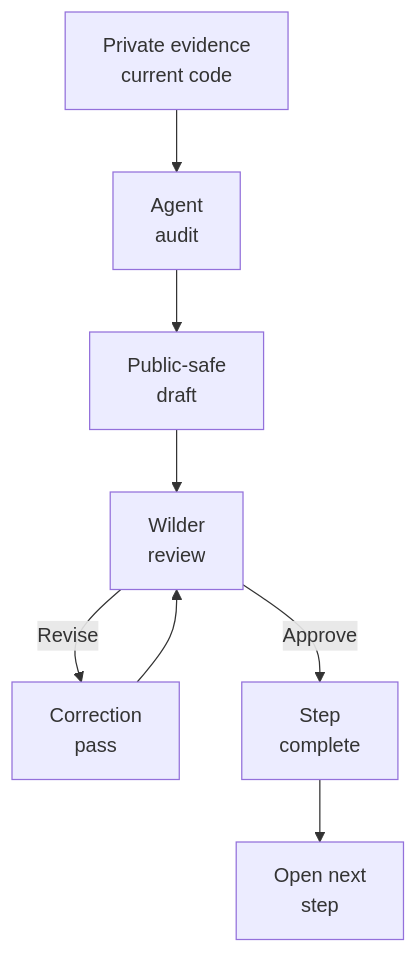
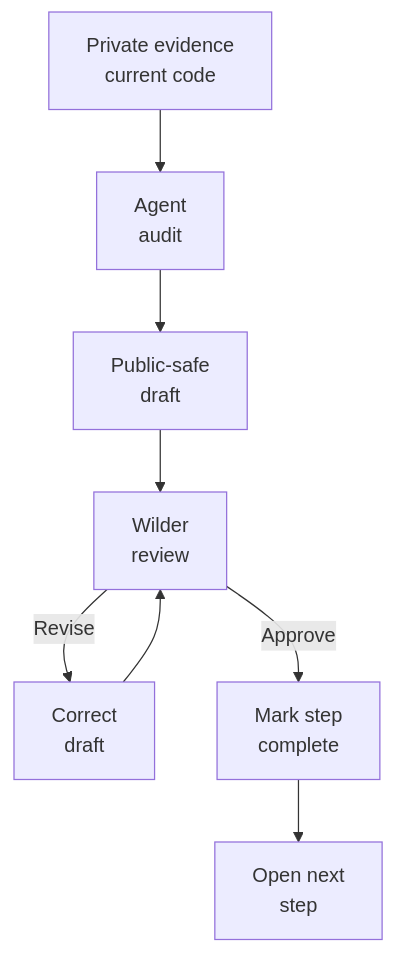
The first of 3 diagrams in MILLENOVA_PUBLIC_FACADE_IMPLEMENTATION_PLAN.md (wilderruiz/millenova-project), drawn with Mermaid before and after one commit. The commit also changed other lines of this file, not shown here.

````diff
--- a/MILLENOVA_PUBLIC_FACADE_IMPLEMENTATION_PLAN.md
+++ b/MILLENOVA_PUBLIC_FACADE_IMPLEMENTATION_PLAN.md
@@ -57,10 +55,10 @@
 ```mermaid
 flowchart TD
     A["Private evidence<br/>current code"] --> B["Agent<br/>audit"]
     B --> C["Public-safe<br/>draft"]
     C --> D["Wilder<br/>review"]
-    D -->|Revise| E["Correction<br/>pass"]
+    D -->|Revise| E["Correct<br/>draft"]
     E --> D
-    D -->|Approve| F["Step<br/>complete"]
+    D -->|Approve| F["Mark step<br/>complete"]
     F --> G["Open next<br/>step"]
 ```
````
